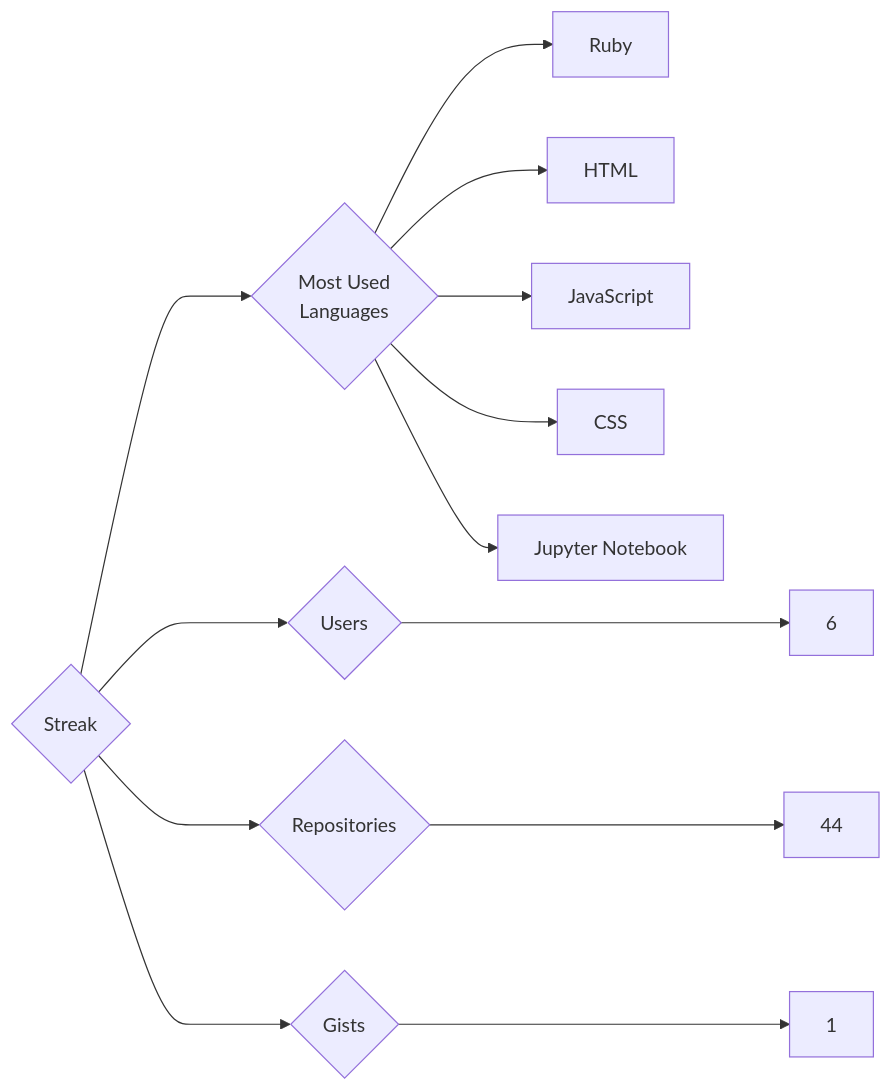
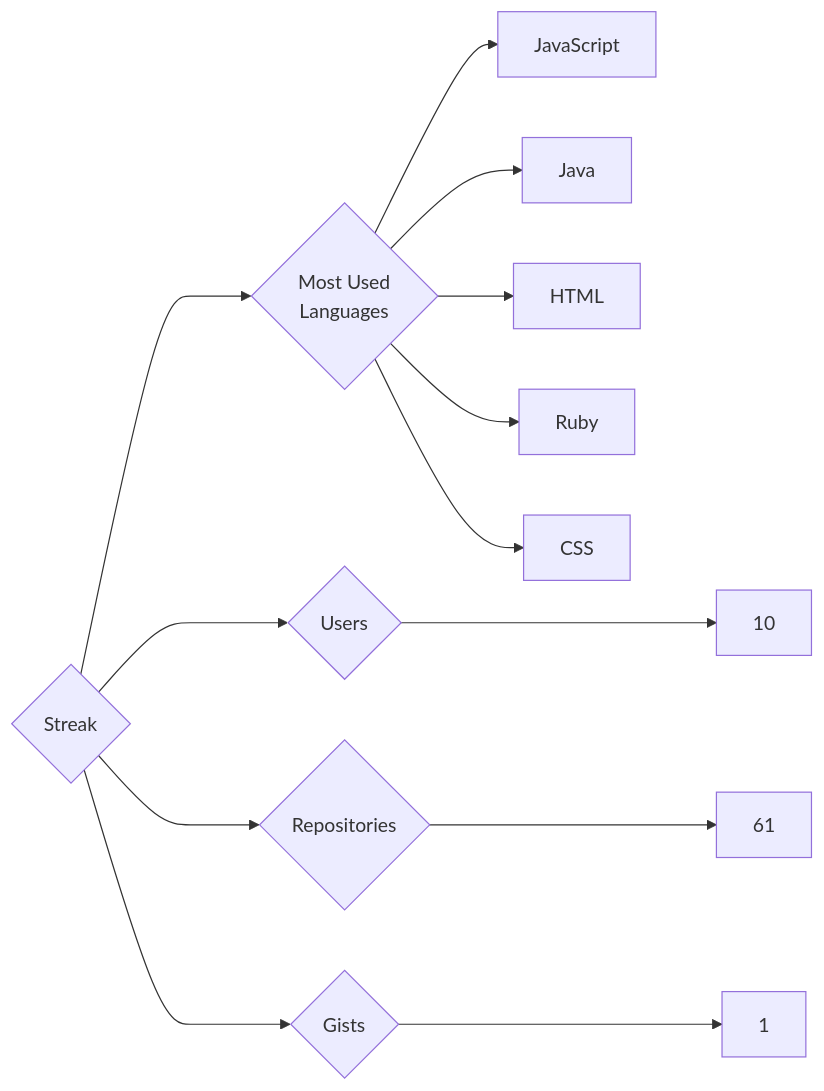
The diagram in targets/Streak/README.md (trickest/insiders), drawn with Mermaid before and after one commit. The commit also changed 806 other files, not shown here.

````diff
--- a/targets/Streak/README.md
+++ b/targets/Streak/README.md
@@ -3,13 +3,13 @@
 ```mermaid
 graph LR
 COMPANY_NAME{Streak}
-COMPANY_NAME ---> U{Users} ---> UN[6]
-COMPANY_NAME ---> R{Repositories} ---> RN[44]
+COMPANY_NAME ---> U{Users} ---> UN[10]
+COMPANY_NAME ---> R{Repositories} ---> RN[61]
 COMPANY_NAME ---> G{Gists} ---> GN[1]
 COMPANY_NAME ---> ML{Most Used<br>Languages}
+ML --> JavaScript[JavaScript]
+ML --> Java[Java]
+ML --> HTML[HTML]
 ML --> Ruby[Ruby]
-ML --> HTML[HTML]
-ML --> JavaScript[JavaScript]
 ML --> CSS[CSS]
-ML --> Jupyter_Notebook[Jupyter Notebook]
 ```
````
